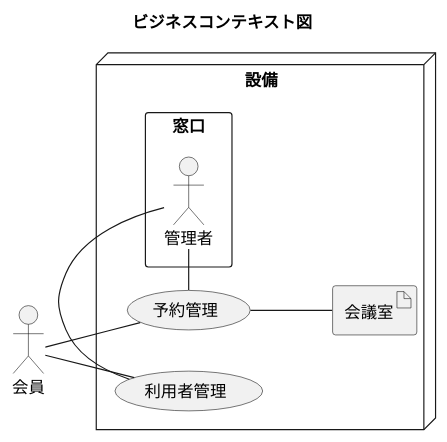
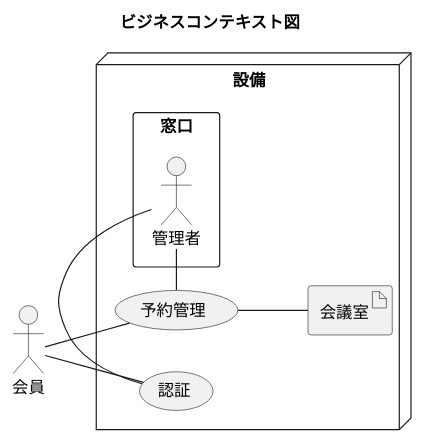
One commit to k2works/case-study-mrs changed the third of 20 diagrams in docs/index.adoc. Above: the diagram before and after it, drawn with PlantUML. The commit also changed other lines of this file and 2 other files, not shown here.

```diff
--- a/docs/index.adoc
+++ b/docs/index.adoc
@@ -104,27 +104,27 @@
 [plantuml]
 ----
 @startuml
 
 title ビジネスコンテキスト図
 
 left to right direction
 
 actor 会員 as ac_01
 
 node 設備 {
   rectangle 窓口 {
     actor 管理者 as ac_02
   }
   usecase 予約管理 as uc_01
-  usecase 利用者管理 as uc_02
+  usecase 認証 as uc_02
   artifact 会議室 as ar_01
 }
 
 ac_01 -- (uc_01)
 ac_01 -- (uc_02)
 (uc_01) -- (ar_01)
 (uc_01) - ac_02
 (uc_02) - ac_02
 
 @enduml
 ----
```
